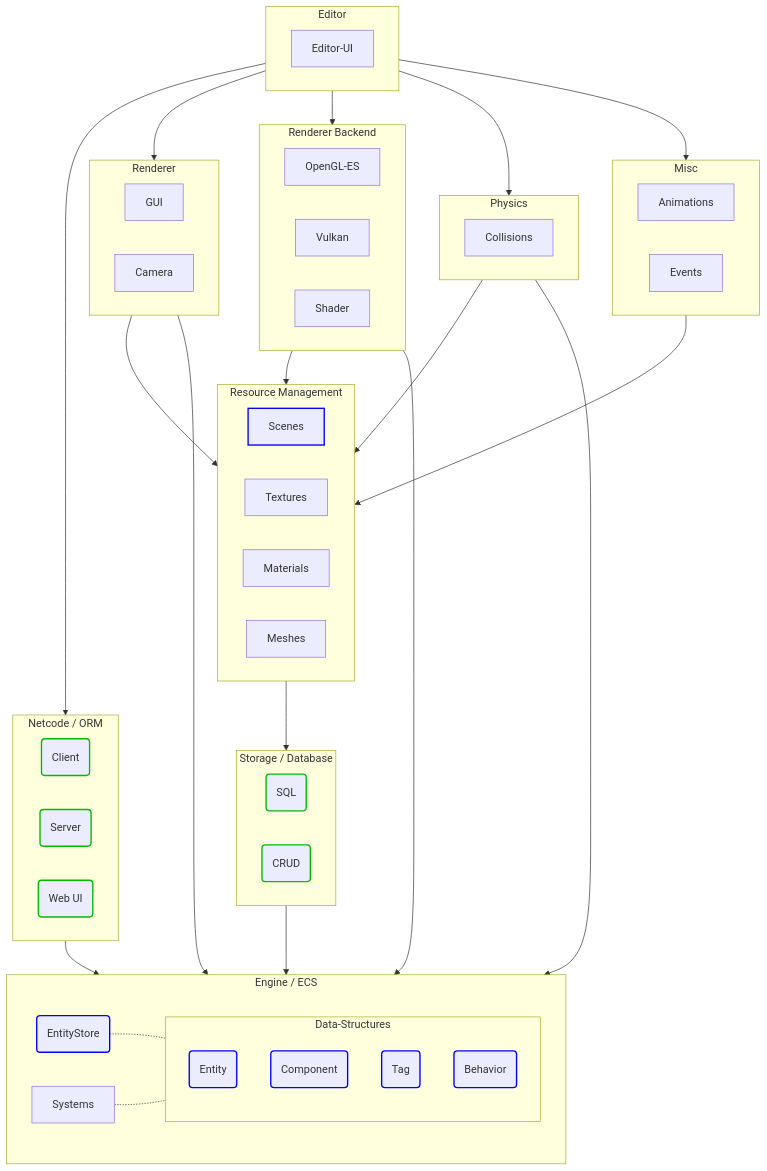
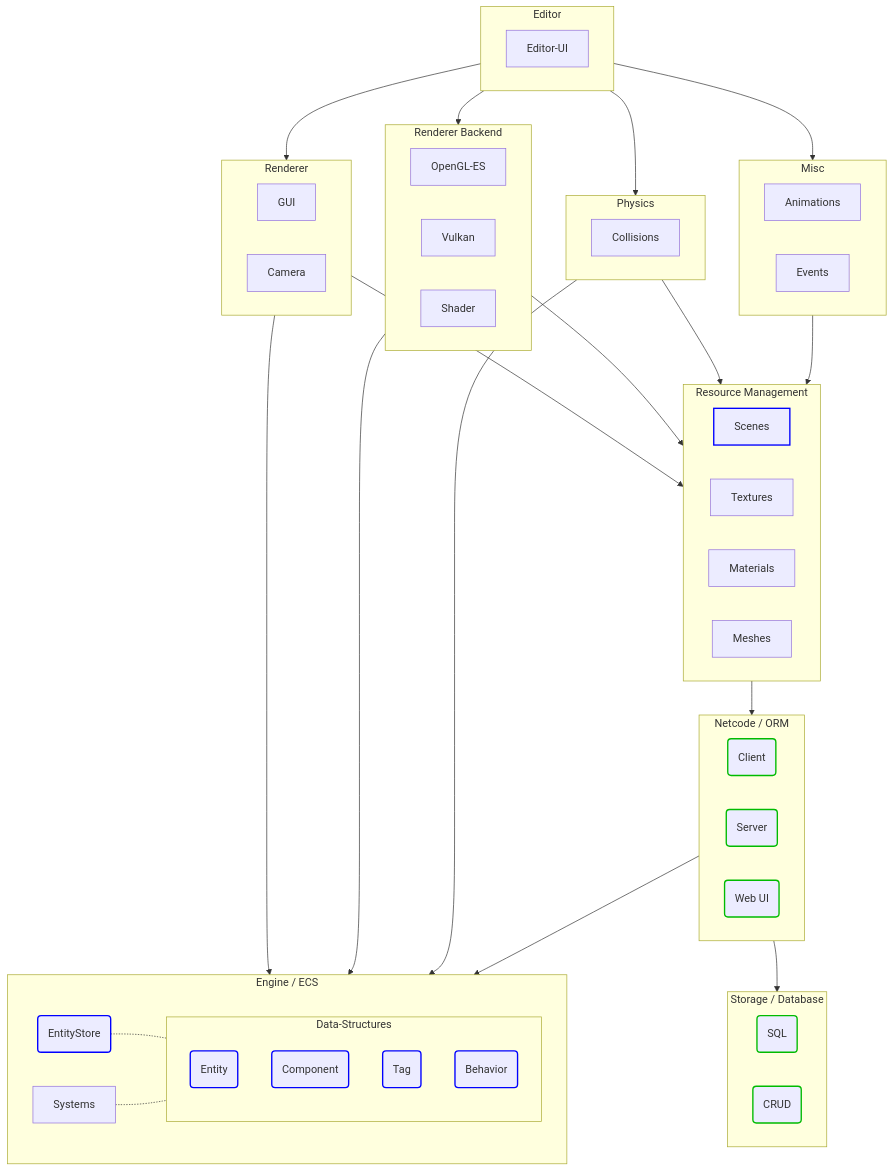
Before and after one commit to friflo/Friflo.Json.Fliox: the first of 3 diagrams in Engine/README.md, drawn with Mermaid.

Commit message:
Engine - update architecture diagram

````diff
--- a/Engine/README.md
+++ b/Engine/README.md
@@ -87,12 +87,12 @@
         Systems      -.- Data-Structures
     end
 
-    Editor      -->Netcode
-    %% Editor      -->Storage
     Editor      -->Renderer
     Editor      -->Backend
     Editor      -->Physics
     Editor      -->Misc
+
+    Resource    -->Netcode
 
 
     Renderer    -->Resource
@@ -105,6 +105,5 @@
     Physics     -->Engine
 
     Netcode     -->Engine
-    Storage     -->Engine
-    Resource    -->Storage
+    Netcode     -->Storage
 ```
````
